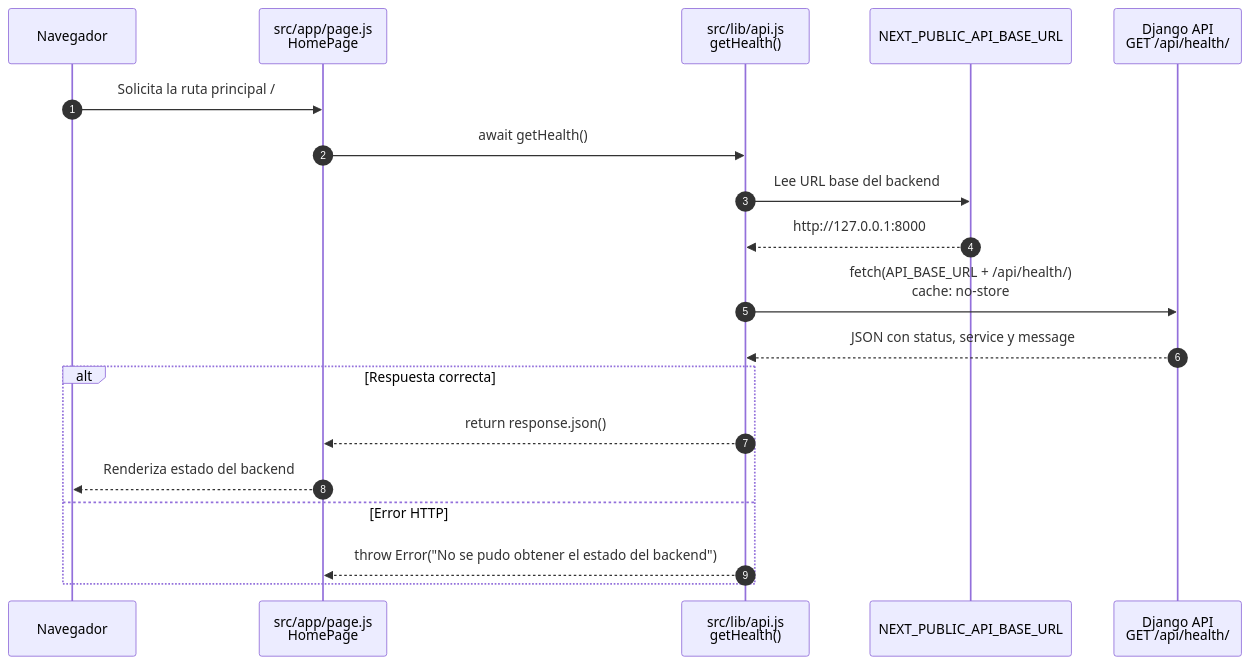
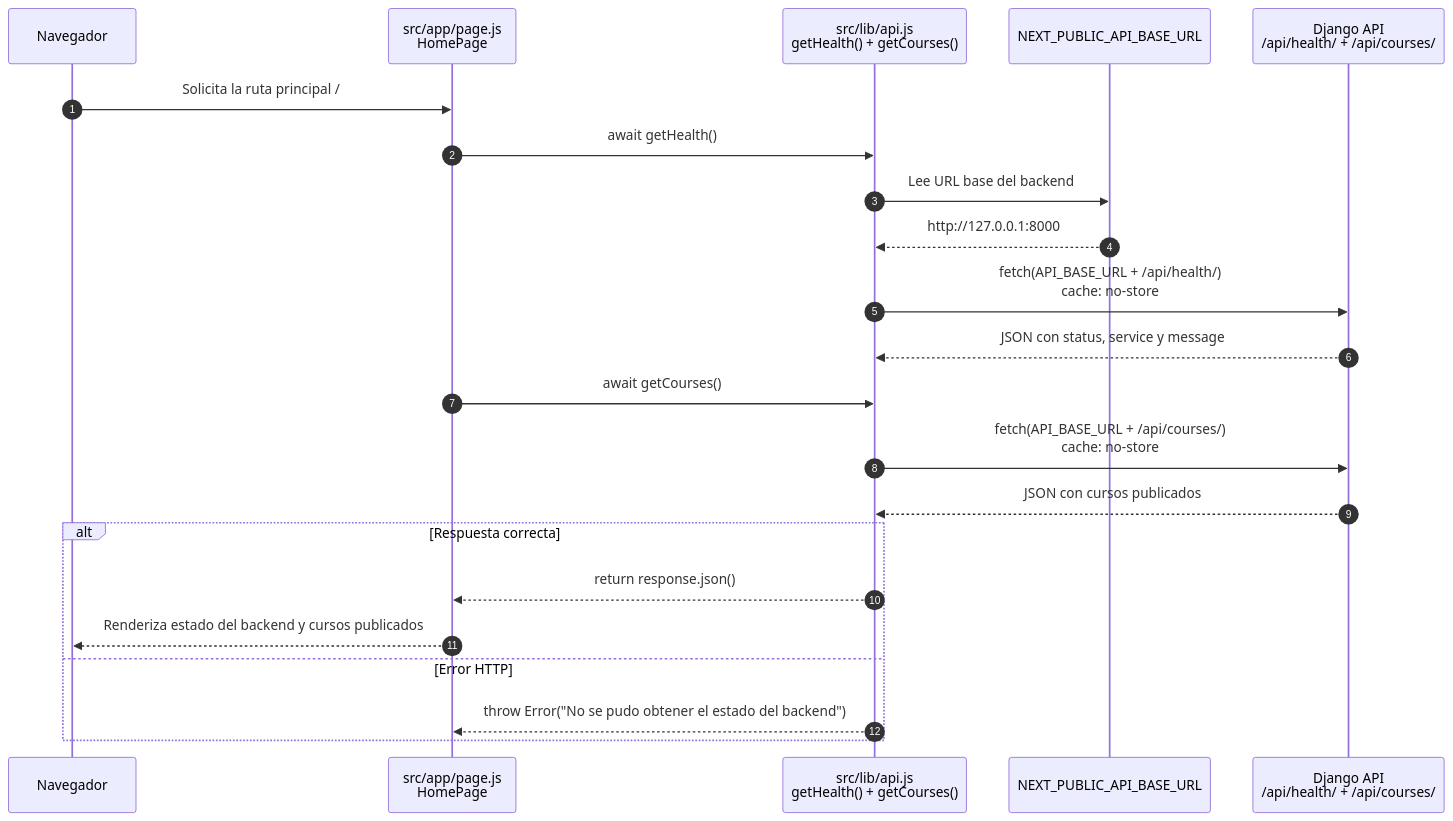
One commit to fcamusr/portafolio-e-learning-teologia changed the first of 2 diagrams in frontend/DIAGRAMS.md. Above: the diagram before and after it, drawn with Mermaid. The commit also changed other lines of this file and 34 other files, not shown here.

First line of the commit message:
feat: exponer cursos publicados y alinear documentacion

````diff
--- a/frontend/DIAGRAMS.md
+++ b/frontend/DIAGRAMS.md
@@ -14,24 +14,27 @@
 ```mermaid
 %%{init: {"themeVariables": {"fontSize": "18px", "fontFamily": "Arial"}}}%%
 sequenceDiagram
   autonumber
   participant Browser as Navegador
   participant Page as src/app/page.js<br/>HomePage
-  participant Api as src/lib/api.js<br/>getHealth()
+  participant Api as src/lib/api.js<br/>getHealth() + getCourses()
   participant Env as NEXT_PUBLIC_API_BASE_URL
-  participant Django as Django API<br/>GET /api/health/
+  participant Django as Django API<br/>/api/health/ + /api/courses/
 
   Browser->>Page: Solicita la ruta principal /
   Page->>Api: await getHealth()
   Api->>Env: Lee URL base del backend
   Env-->>Api: http://127.0.0.1:8000
   Api->>Django: fetch(API_BASE_URL + /api/health/)<br/>cache: no-store
   Django-->>Api: JSON con status, service y message
+  Page->>Api: await getCourses()
+  Api->>Django: fetch(API_BASE_URL + /api/courses/)<br/>cache: no-store
+  Django-->>Api: JSON con cursos publicados
 
   alt Respuesta correcta
     Api-->>Page: return response.json()
-    Page-->>Browser: Renderiza estado del backend
+    Page-->>Browser: Renderiza estado del backend y cursos publicados
   else Error HTTP
     Api-->>Page: throw Error("No se pudo obtener el estado del backend")
   end
 ```
````
